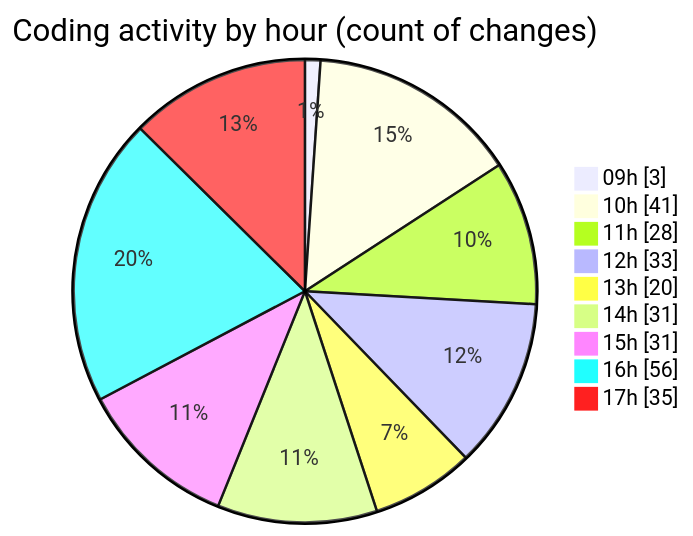
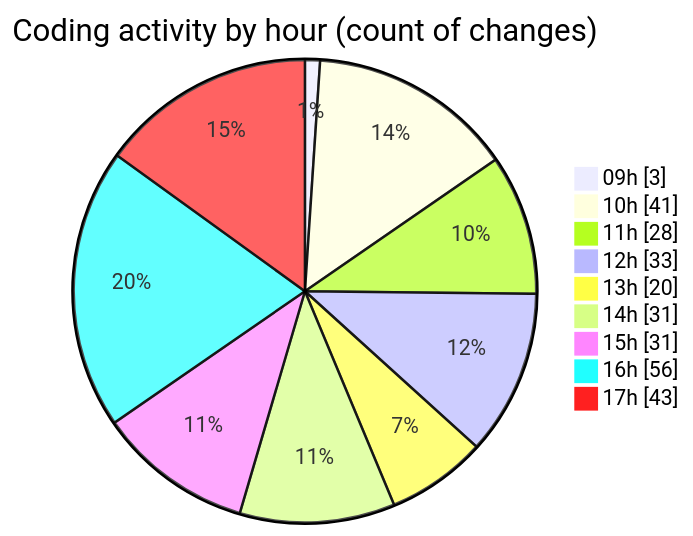
Before and after one commit to CELIANVF/code-tracking: the second of 2 diagrams in 2025-05-19/ecodeli-1/README.md, drawn with Mermaid. The commit also changed other lines of this file and 1 other file, not shown here.

````diff
--- a/2025-05-19/ecodeli-1/README.md
+++ b/2025-05-19/ecodeli-1/README.md
@@ -103,13 +108,13 @@
 ```mermaid
 pie showData
 title Coding activity by hour (count of changes)
 "09h" : 3
 "10h" : 41
 "11h" : 28
 "12h" : 33
 "13h" : 20
 "14h" : 31
 "15h" : 31
 "16h" : 56
-"17h" : 35
+"17h" : 43
 ```
````
